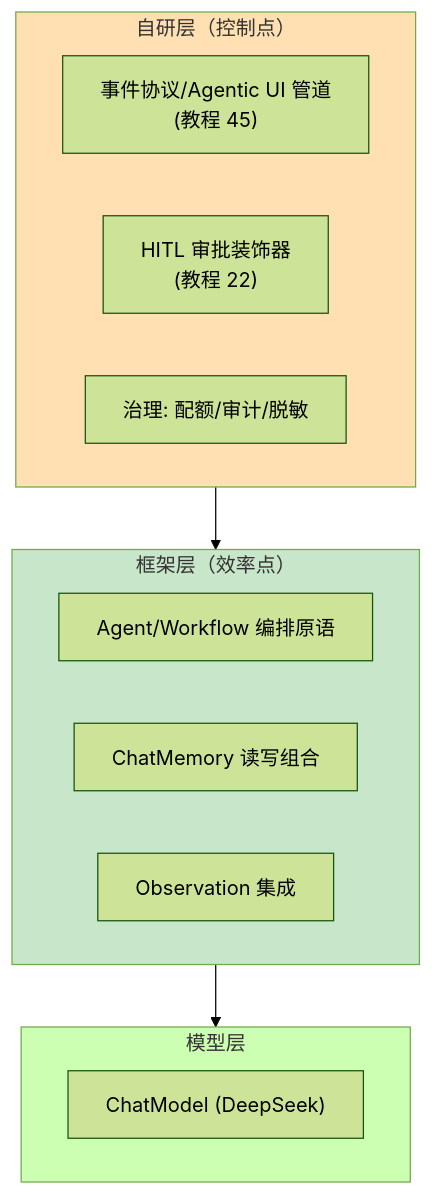
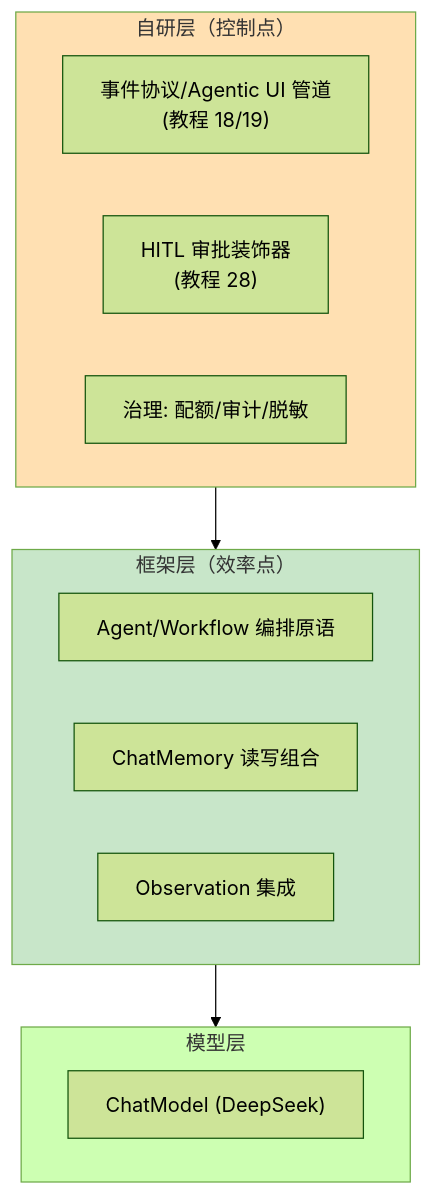
One commit to UranusGit/java-agent-learn changed the third of 3 diagrams in docs/教程/46-SpringAI2-Agentic架构.md. Above: the diagram before and after it, drawn with Mermaid (forest theme). The commit also changed other lines of this file and 244 other files, not shown here.

````diff
--- a/docs/教程/46-SpringAI2-Agentic架构.md
+++ b/docs/教程/46-SpringAI2-Agentic架构.md
@@ -69,21 +69,21 @@
 ```mermaid
 flowchart TB
     subgraph OWN["自研层（控制点）"]
-        E1["事件协议/Agentic UI 管道<br/>(教程 45)"]
-        E2["HITL 审批装饰器<br/>(教程 22)"]
+        E1["事件协议/Agentic UI 管道<br/>(教程 18/19)"]
+        E2["HITL 审批装饰器<br/>(教程 28)"]
         E3["治理: 配额/审计/脱敏"]
     end
     subgraph FRAME["框架层（效率点）"]
         F1["Agent/Workflow 编排原语"]
         F2["ChatMemory 读写组合"]
         F3["Observation 集成"]
     end
     subgraph MODEL["模型层"]
         M1["ChatModel (DeepSeek)"]
     end
 
     OWN --> FRAME --> MODEL
 
     style OWN fill:#ffe0b2
     style FRAME fill:#c8e6c9
 ```
````
